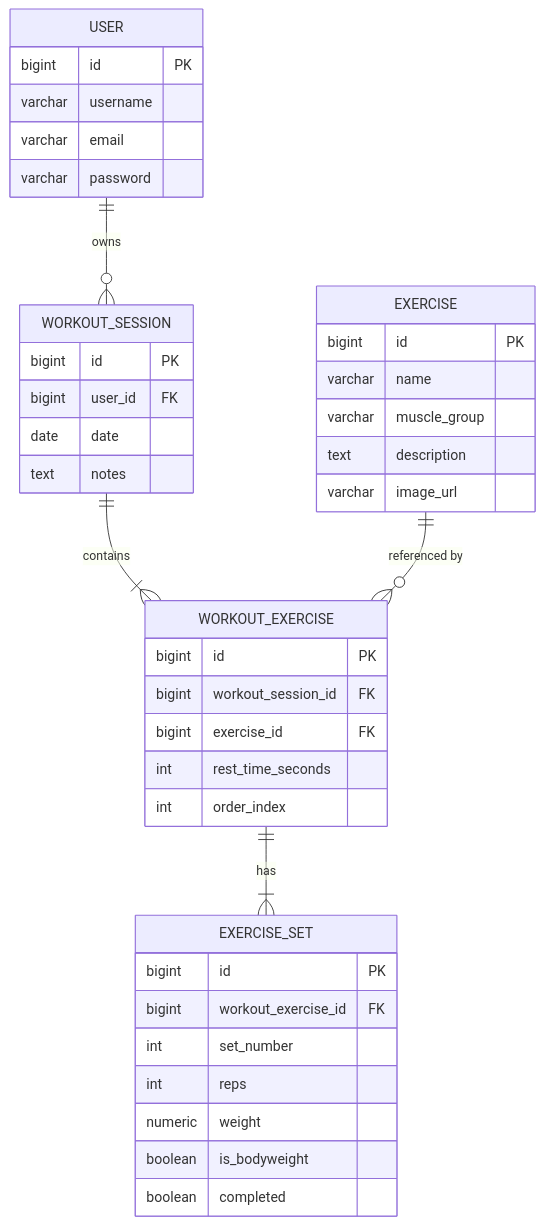
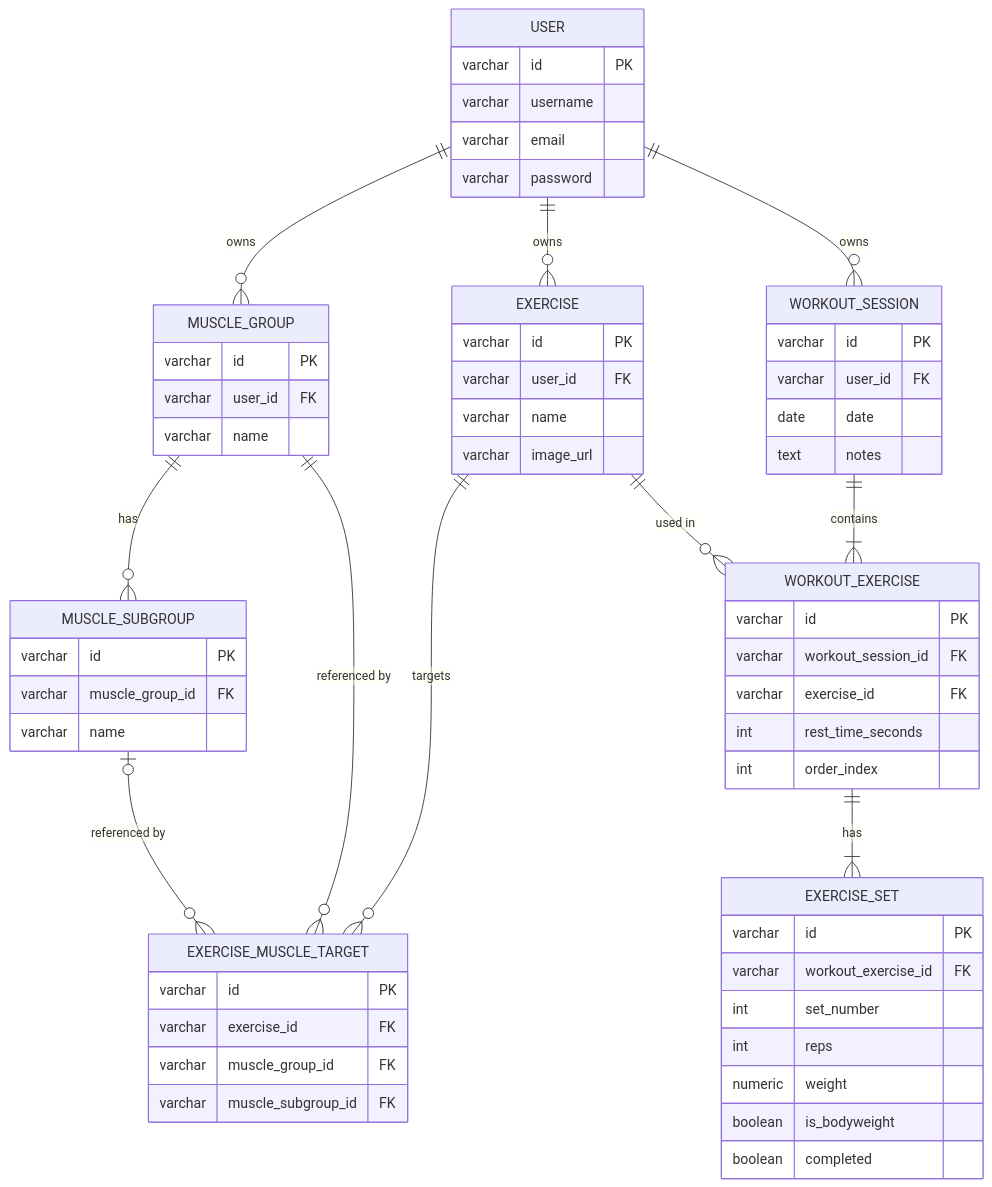
Before and after one commit to StefanITx/FitnessTracker: the third of 8 diagrams in Metodology.md, drawn with Mermaid. The commit also changed other lines of this file and 1 other file, not shown here.

Commit message:
refactor: switch User ID to UUID and update data model in Metodology

````diff
--- a/Metodology.md
+++ b/Metodology.md
@@ -125,47 +173,71 @@
 ```mermaid
 erDiagram
     USER {
-        bigint id PK
+        varchar id PK
         varchar username
         varchar email
         varchar password
     }
 
+    MUSCLE_GROUP {
+        varchar id PK
+        varchar user_id FK
+        varchar name
+    }
+
+    MUSCLE_SUBGROUP {
+        varchar id PK
+        varchar muscle_group_id FK
+        varchar name
+    }
+
+    EXERCISE {
+        varchar id PK
+        varchar user_id FK
+        varchar name
+        varchar image_url
+    }
+
+    EXERCISE_MUSCLE_TARGET {
+        varchar id PK
+        varchar exercise_id FK
+        varchar muscle_group_id FK
+        varchar muscle_subgroup_id FK
+    }
+
     WORKOUT_SESSION {
-        bigint id PK
-        bigint user_id FK
+        varchar id PK
+        varchar user_id FK
         date date
         text notes
     }
 
-    EXERCISE {
-        bigint id PK
-        varchar name
-        varchar muscle_group
-        text description
-        varchar image_url
-    }
-
     WORKOUT_EXERCISE {
-        bigint id PK
-        bigint workout_session_id FK
-        bigint exercise_id FK
+        varchar id PK
+        varchar workout_session_id FK
+        varchar exercise_id FK
         int rest_time_seconds
         int order_index
     }
 
     EXERCISE_SET {
-        bigint id PK
-        bigint workout_exercise_id FK
+        varchar id PK
+        varchar workout_exercise_id FK
         int set_number
         int reps
         numeric weight
         boolean is_bodyweight
         boolean completed
     }
 
+    USER ||--o{ MUSCLE_GROUP : "owns"
+    USER ||--o{ EXERCISE : "owns"
     USER ||--o{ WORKOUT_SESSION : "owns"
+    MUSCLE_GROUP ||--o{ MUSCLE_SUBGROUP : "has"
+    EXERCISE ||--o{ EXERCISE_MUSCLE_TARGET : "targets"
+    MUSCLE_GROUP ||--o{ EXERCISE_MUSCLE_TARGET : "referenced by"
+    MUSCLE_SUBGROUP |o--o{ EXERCISE_MUSCLE_TARGET : "referenced by"
     WORKOUT_SESSION ||--|{ WORKOUT_EXERCISE : "contains"
-    EXERCISE ||--o{ WORKOUT_EXERCISE : "referenced by"
+    EXERCISE ||--o{ WORKOUT_EXERCISE : "used in"
     WORKOUT_EXERCISE ||--|{ EXERCISE_SET : "has"
 ```
````
